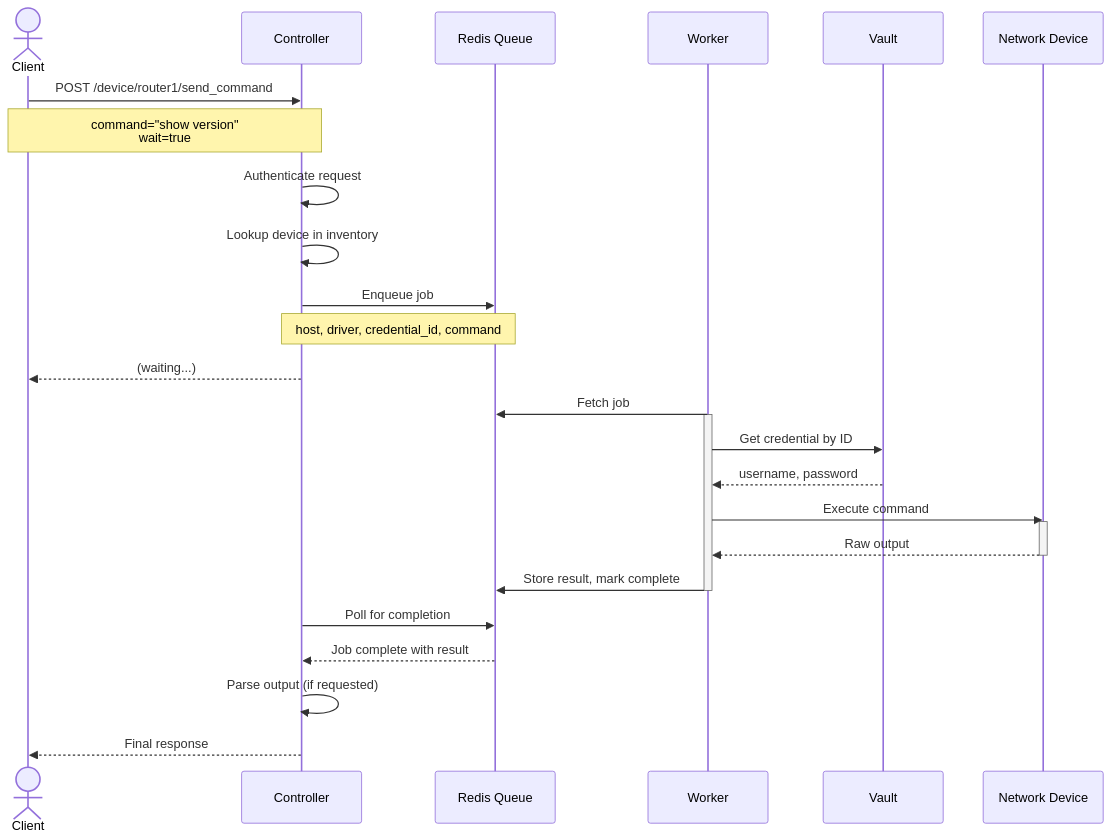
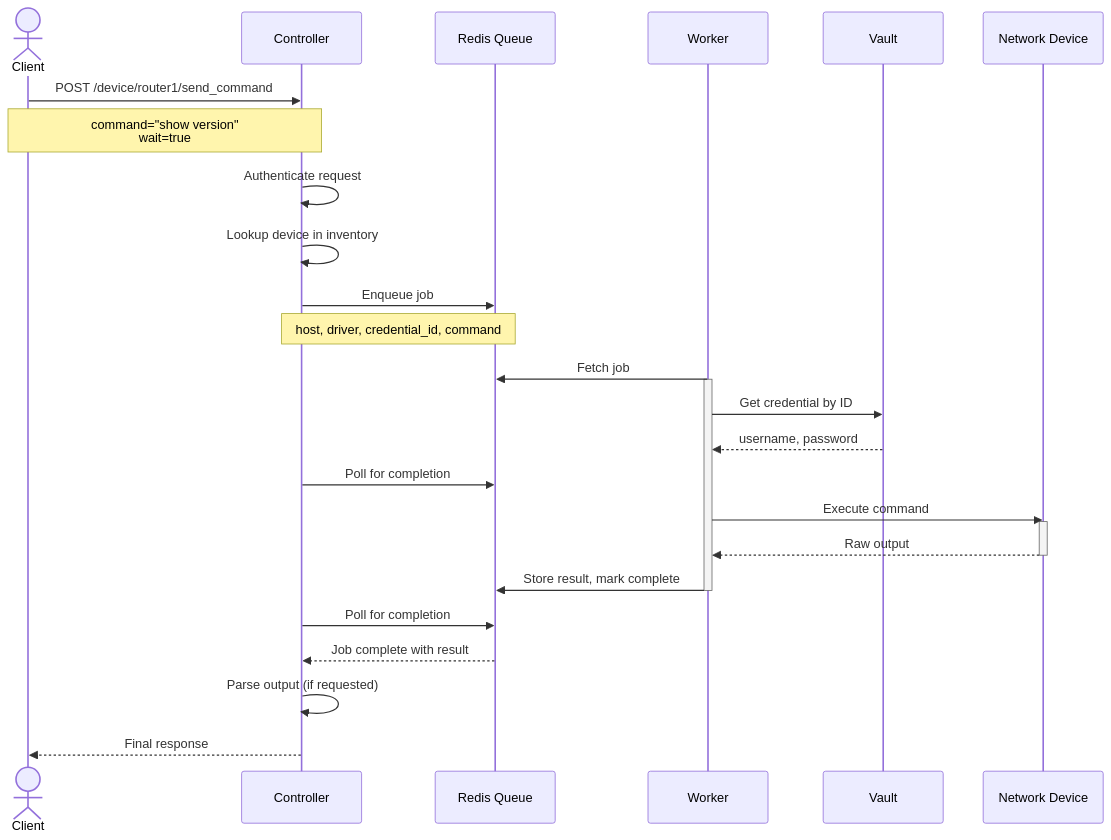
One commit to wrgeorge1983/Tom changed the first of 3 diagrams in docs/docs/real/architecture.md. Above: the diagram before and after it, drawn with Mermaid. The commit also changed other lines of this file and 4 other files, not shown here.

Commit message:
Continue updating documentation layout, content, diagrams.

````diff
--- a/docs/docs/real/architecture.md
+++ b/docs/docs/real/architecture.md
@@ -92,33 +87,33 @@
 ```mermaid
 sequenceDiagram
     actor C as Client 
     participant T as Controller
     participant Q as Redis Queue
     participant W as Worker
     participant V as Vault
     participant D as Network Device
         
     C ->> T: POST /device/router1/send_command
     note over C,T: command="show version"<br/>wait=true
     T ->> T: Authenticate request
     T ->> T: Lookup device in inventory
     T ->> Q: Enqueue job
     note over T,Q: host, driver, credential_id, command
-    T -->> C: (waiting...)
     
     W ->> Q: Fetch job
     activate W
     W ->> V: Get credential by ID
     V -->> W: username, password
+    T ->> Q: Poll for completion
     W ->> D: Execute command
     activate D
     D -->> W: Raw output
     deactivate D
     W ->> Q: Store result, mark complete
     deactivate W
     
     T ->> Q: Poll for completion
     Q -->> T: Job complete with result
     T ->> T: Parse output (if requested)
     T -->> C: Final response
 ```
````
